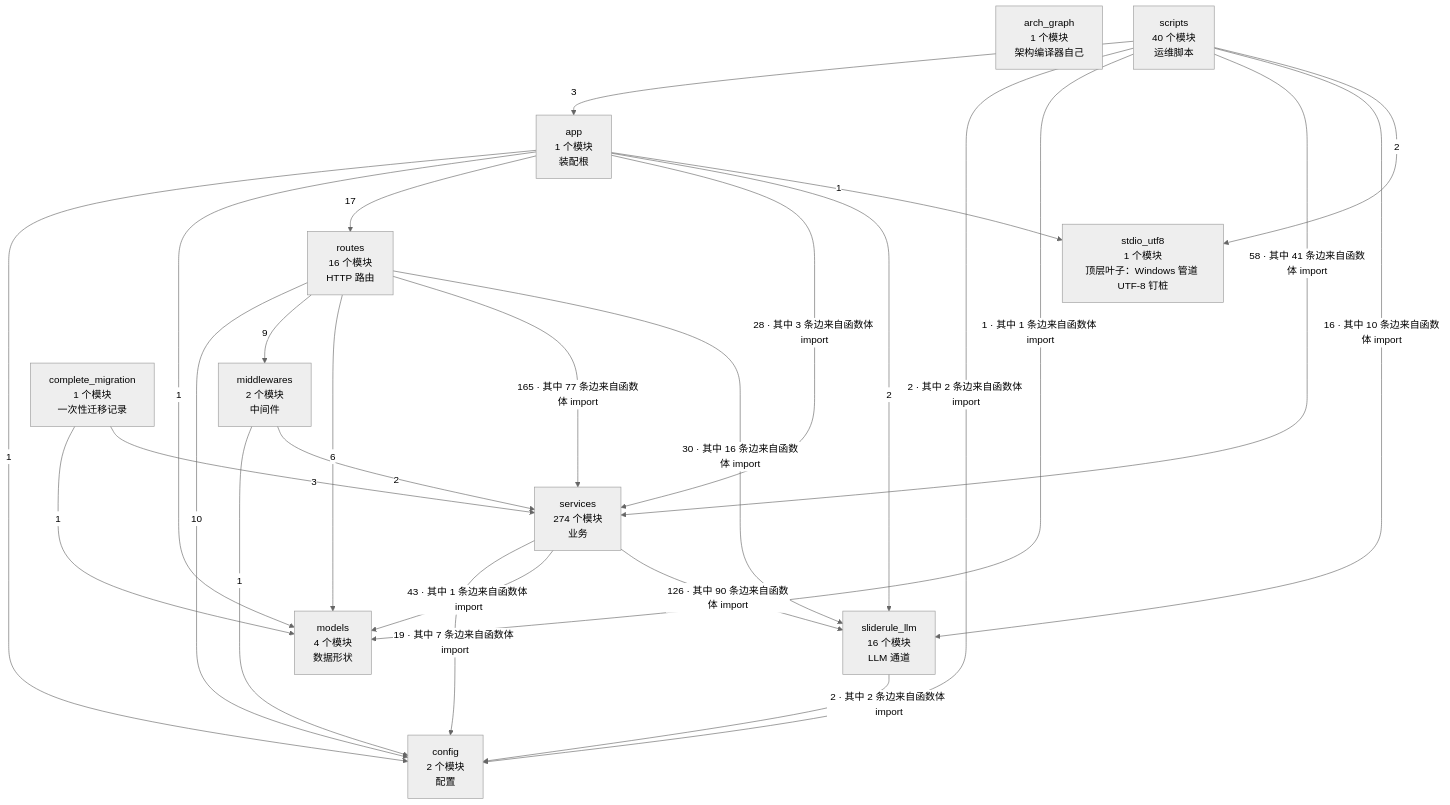
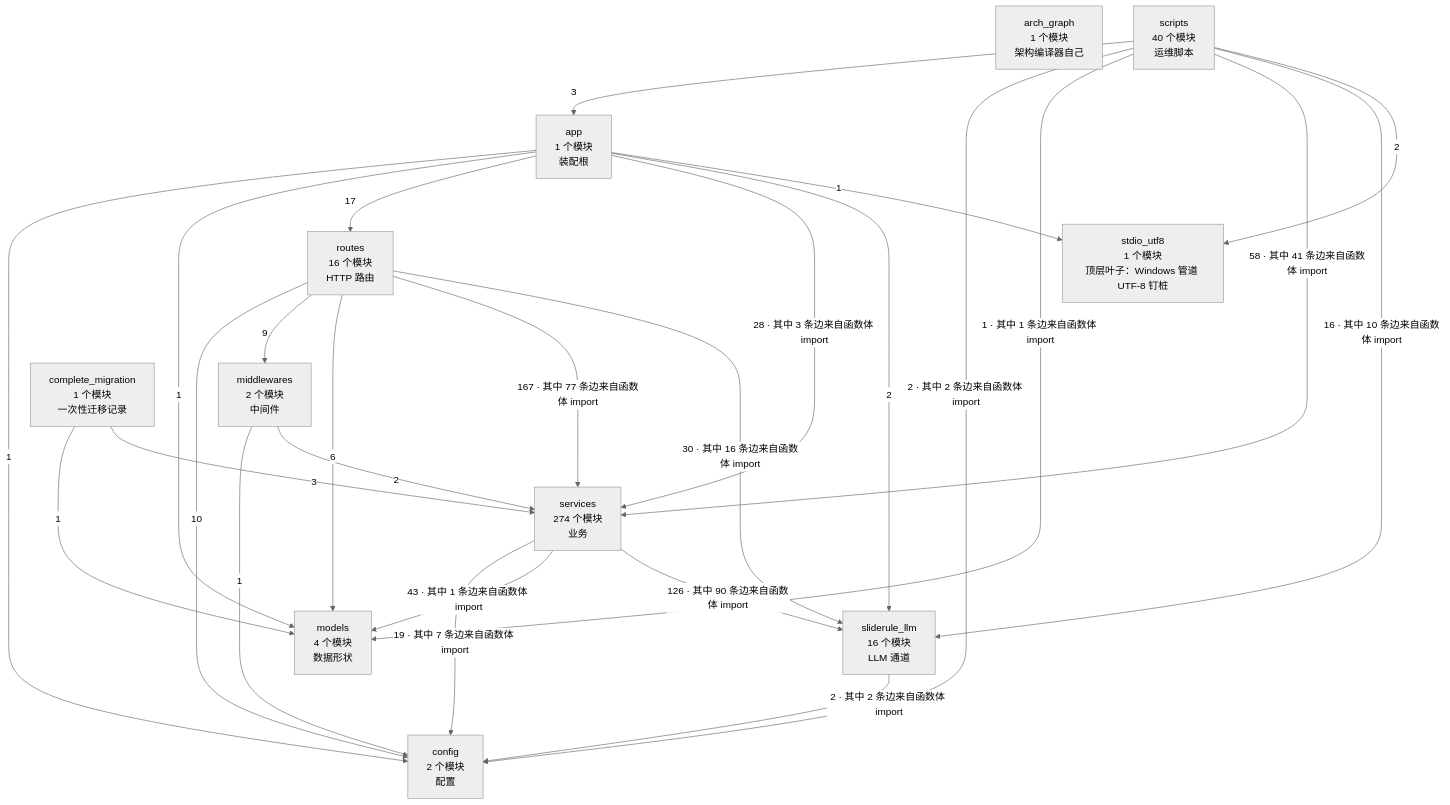
Before and after one commit to 2686521696/WhyBuddy: the second of 4 diagrams in docs/SlideRule V6.2 架构图（自动生成）.md, drawn with Mermaid (neutral theme). The commit also changed other lines of this file and 14 other files, not shown here.

````diff
--- a/docs/SlideRule V6.2 架构图（自动生成）.md
+++ b/docs/SlideRule V6.2 架构图（自动生成）.md
@@ -62,39 +62,39 @@
 ```mermaid
 flowchart TB
   arch_graph["arch_graph<br/>1 个模块<br/>架构编译器自己"]
   config["config<br/>2 个模块<br/>配置"]
   models["models<br/>4 个模块<br/>数据形状"]
   stdio_utf8["stdio_utf8<br/>1 个模块<br/>顶层叶子：Windows 管道 UTF-8 钉桩"]
   sliderule_llm["sliderule_llm<br/>16 个模块<br/>LLM 通道"]
   middlewares["middlewares<br/>2 个模块<br/>中间件"]
   services["services<br/>274 个模块<br/>业务"]
   routes["routes<br/>16 个模块<br/>HTTP 路由"]
   app["app<br/>1 个模块<br/>装配根"]
   complete_migration["complete_migration<br/>1 个模块<br/>一次性迁移记录"]
   scripts["scripts<br/>40 个模块<br/>运维脚本"]
   app -->|1| config
   app -->|1| models
   app -->|17| routes
   app -->|28 · 其中 3 条边来自函数体 import| services
   app -->|2| sliderule_llm
   app -->|1| stdio_utf8
   complete_migration -->|1| models
   complete_migration -->|3| services
   middlewares -->|1| config
   middlewares -->|2| services
   routes -->|10| config
   routes -->|9| middlewares
   routes -->|6| models
-  routes -->|165 · 其中 77 条边来自函数体 import| services
+  routes -->|167 · 其中 77 条边来自函数体 import| services
   routes -->|30 · 其中 16 条边来自函数体 import| sliderule_llm
   scripts -->|3| app
   scripts -->|2 · 其中 2 条边来自函数体 import| config
   scripts -->|1 · 其中 1 条边来自函数体 import| models
   scripts -->|58 · 其中 41 条边来自函数体 import| services
   scripts -->|16 · 其中 10 条边来自函数体 import| sliderule_llm
   scripts -->|2| stdio_utf8
   services -->|19 · 其中 7 条边来自函数体 import| config
   services -->|43 · 其中 1 条边来自函数体 import| models
   services -->|126 · 其中 90 条边来自函数体 import| sliderule_llm
   sliderule_llm -->|2 · 其中 2 条边来自函数体 import| config
 ```
````
